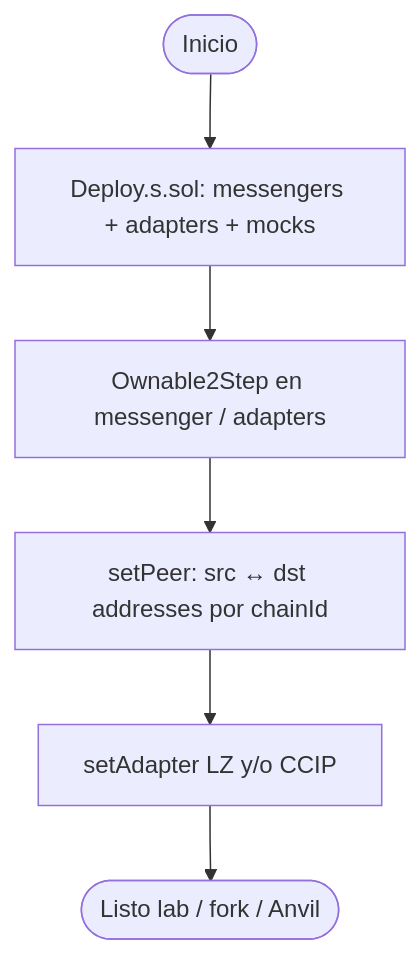
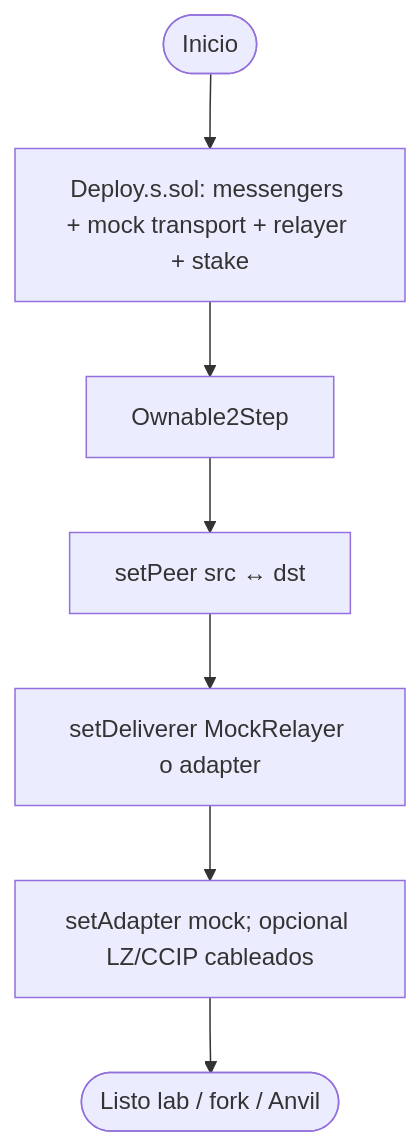
One commit to rastrahm/crosschain-messaging changed the first of 5 diagrams in doc/flujograma.md. Above: the diagram before and after it, drawn with Mermaid. The commit also changed other lines of this file and 7 other files, not shown here.

````diff
--- a/doc/flujograma.md
+++ b/doc/flujograma.md
@@ -22,8 +22,9 @@
 ```mermaid
 flowchart TD
-    Start([Inicio]) --> Dep[Deploy.s.sol: messengers + adapters + mocks]
-    Dep --> Own[Ownable2Step en messenger / adapters]
-    Own --> Peer[setPeer: src ↔ dst addresses por chainId]
-    Peer --> Adapt[setAdapter LZ y/o CCIP]
+    Start([Inicio]) --> Dep[Deploy.s.sol: messengers + mock transport + relayer + stake]
+    Dep --> Own[Ownable2Step]
+    Own --> Peer[setPeer src ↔ dst]
+    Peer --> Del[setDeliverer MockRelayer o adapter]
+    Del --> Adapt[setAdapter mock; opcional LZ/CCIP cableados]
     Adapt --> Ready([Listo lab / fork / Anvil])
 ```
````
